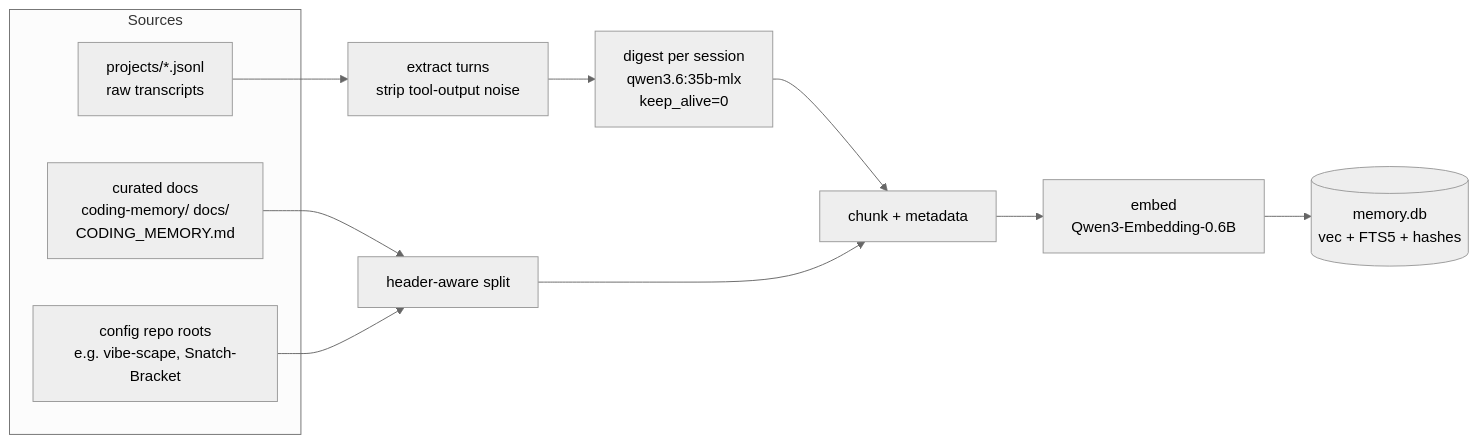
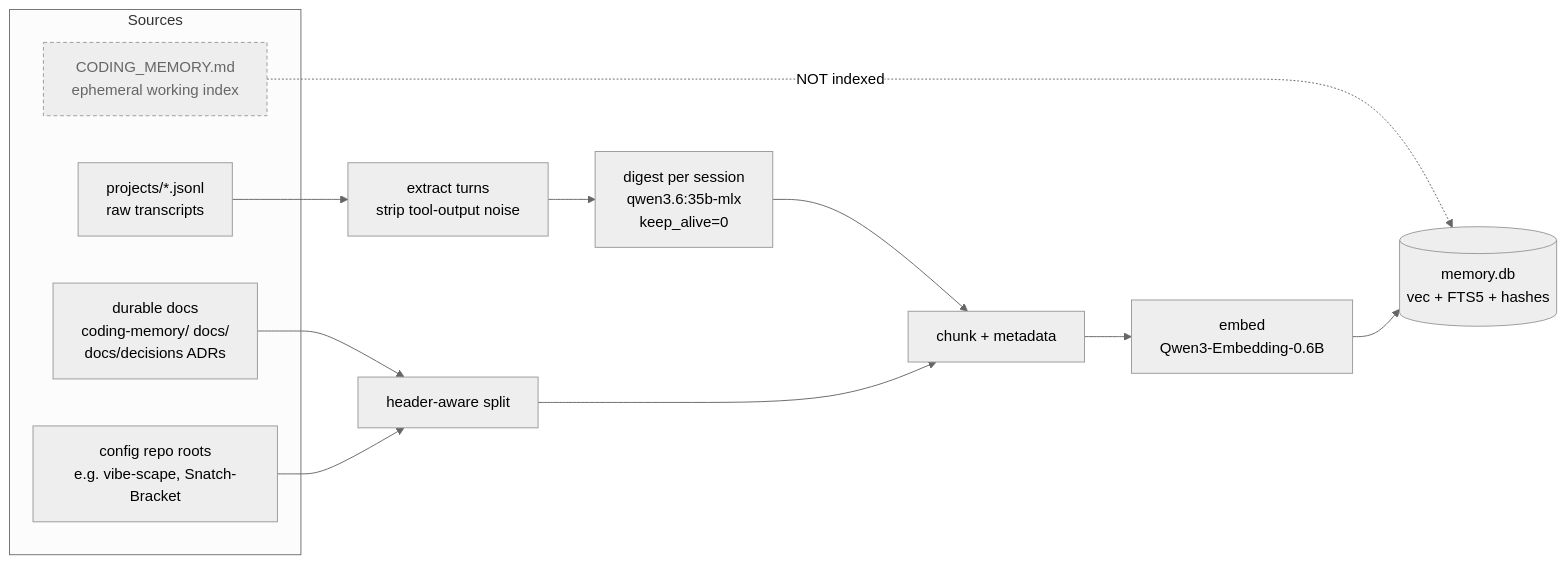
Before and after one commit to suyatdev/.claude: the diagram in docs/superpowers/specs/2026-07-17-memory-rag-index-design.md, drawn with Mermaid (neutral theme). The commit also changed other lines of this file, not shown here.

First line of the commit message:
docs(memsearch): exclude CODING_MEMORY.md from the index

````diff
--- a/docs/superpowers/specs/2026-07-17-memory-rag-index-design.md
+++ b/docs/superpowers/specs/2026-07-17-memory-rag-index-design.md
@@ -61,16 +61,19 @@
 ```mermaid
 flowchart LR
   subgraph Sources
     A[projects/*.jsonl<br/>raw transcripts]
-    B[curated docs<br/>coding-memory/ docs/<br/>CODING_MEMORY.md]
+    B[durable docs<br/>coding-memory/ docs/<br/>docs/decisions ADRs]
     C[config repo roots<br/>e.g. vibe-scape, Snatch-Bracket]
+    Z[CODING_MEMORY.md<br/>ephemeral working index]:::excluded
   end
+  classDef excluded fill:#eee,stroke:#999,stroke-dasharray:4 3,color:#666;
+  Z -.->|NOT indexed| S
   A --> X[extract turns<br/>strip tool-output noise]
   X --> D[digest per session<br/>qwen3.6:35b-mlx<br/>keep_alive=0]
   B --> H[header-aware split]
   C --> H
   D --> CH[chunk + metadata]
   H --> CH
   CH --> E[embed<br/>Qwen3-Embedding-0.6B]
   E --> S[(memory.db<br/>vec + FTS5 + hashes)]
 ```
````
